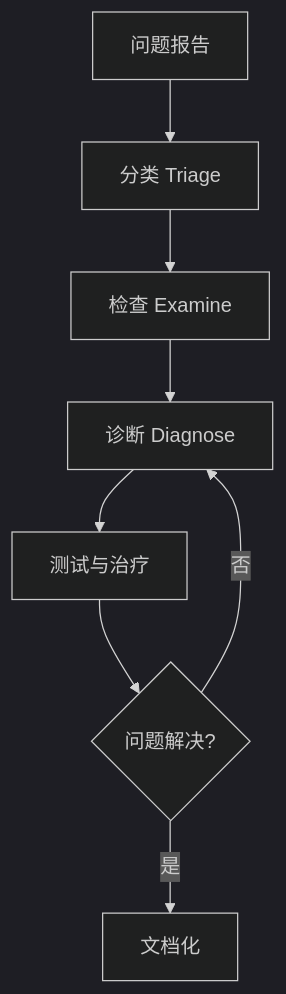
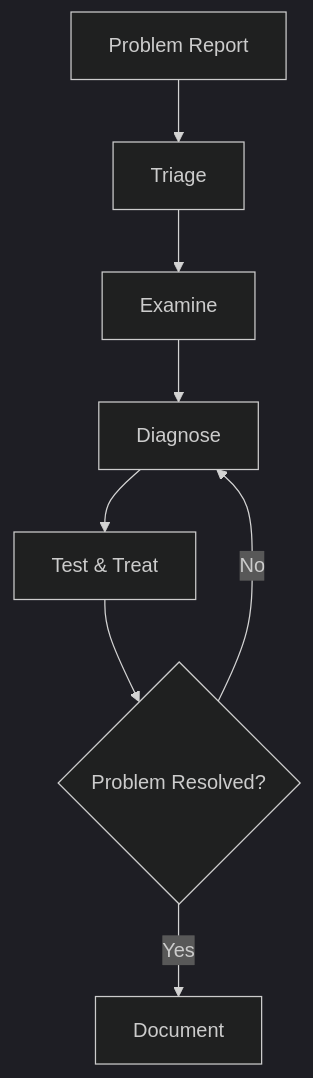
Before and after one commit to RadiumGu/sample-aws-resilience-skill: the second of 2 diagrams in aws-resilience-modeling/references/resilience-framework.md, drawn with Mermaid (dark theme). The commit also changed other lines of this file and 50 other files, not shown here.

````diff
--- a/aws-resilience-modeling/references/resilience-framework.md
+++ b/aws-resilience-modeling/references/resilience-framework.md
@@ -857,10 +858,10 @@
 ```mermaid
 graph TD
-    A[问题报告] --> B[分类 Triage]
-    B --> C[检查 Examine]
-    C --> D[诊断 Diagnose]
-    D --> E[测试与治疗]
-    E --> F{问题解决?}
-    F -->|是| G[文档化]
-    F -->|否| D
+    A[Problem Report] --> B[Triage]
+    B --> C[Examine]
+    C --> D[Diagnose]
+    D --> E[Test & Treat]
+    E --> F{Problem Resolved?}
+    F -->|Yes| G[Document]
+    F -->|No| D
 ```
````
